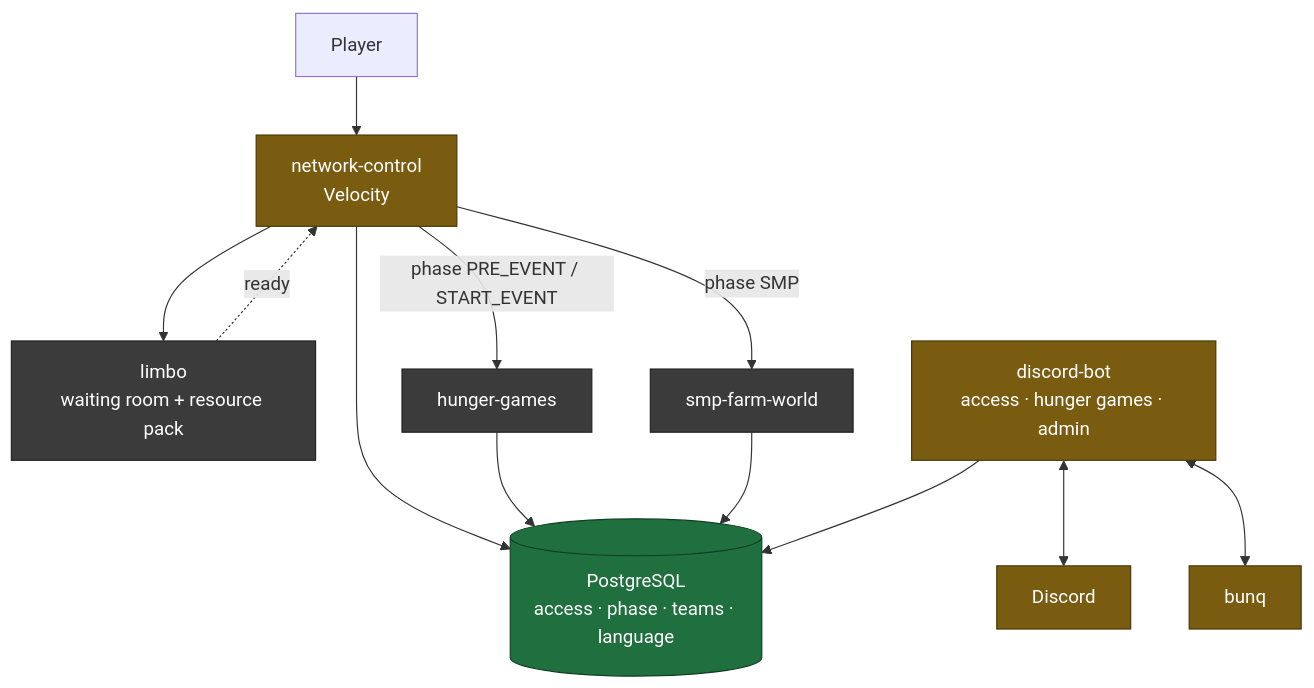
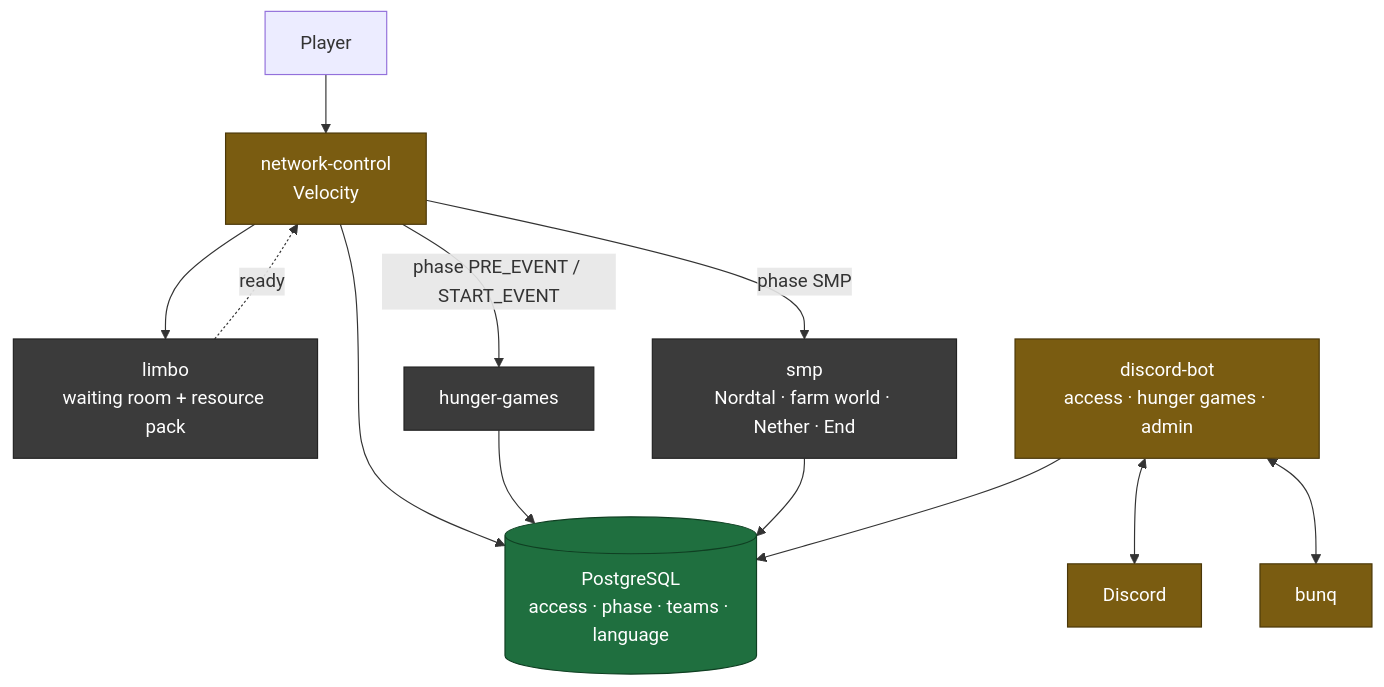
Before and after one commit to nordtal/season-2: the diagram in docs/README.md, drawn with Mermaid. The commit also changed other lines of this file and 7 other files, not shown here.

````diff
--- a/docs/README.md
+++ b/docs/README.md
@@ -11,25 +11,25 @@
 ```mermaid
 flowchart TB
     P["Player"] --> NC["network-control<br/>Velocity"]
     NC --> LB["limbo<br/>waiting room + resource pack"]
     LB -.->|"ready"| NC
     NC -->|"phase PRE_EVENT / START_EVENT"| HG["hunger-games"]
-    NC -->|"phase SMP"| SMP["smp-farm-world"]
+    NC -->|"phase SMP"| SMP["smp<br/>Nordtal · farm world · Nether · End"]
 
     BOT["discord-bot<br/>access · hunger games · admin"] <--> DC["Discord"]
     BOT <--> BQ["bunq"]
 
     DB[("PostgreSQL<br/>access · phase · teams · language")]
     NC --> DB
     HG --> DB
     SMP --> DB
     BOT --> DB
 
     classDef built fill:#1f6f3f,stroke:#0f3f22,color:#fff
     classDef partly fill:#7a5c11,stroke:#4a3708,color:#fff
     classDef planned fill:#3b3b3b,stroke:#222,color:#fff
     class BOT,DC,BQ partly
     class NC partly
     class LB,HG,SMP planned
     class DB built
 ```
````
